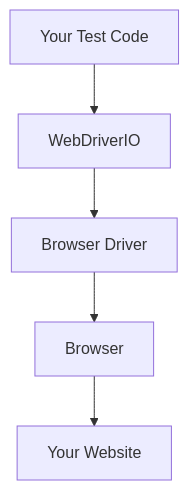
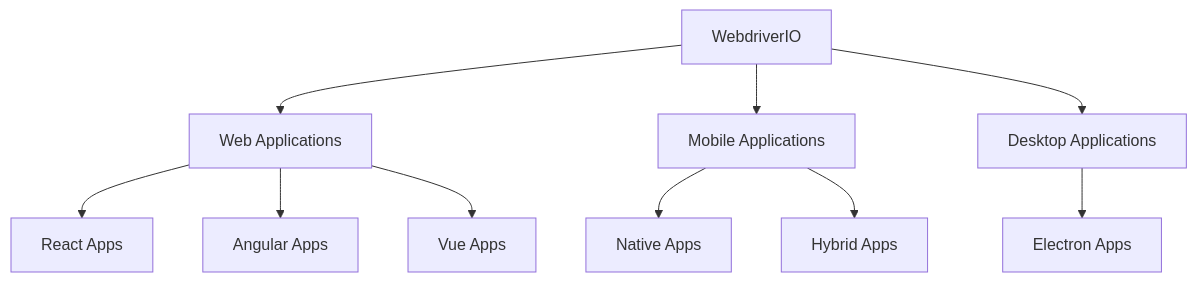
One commit to wahidyankf/oss changed the first of 3 diagrams in apps-standalone/ayokoding-web/content/en/learn/crash-courses/swe/stacks/automation/wdio/basics.md. Above: the diagram before and after it, drawn with Mermaid. The commit also changed other lines of this file and 40 other files, not shown here.

````diff
--- a/apps-standalone/ayokoding-web/content/en/learn/crash-courses/swe/stacks/automation/wdio/basics.md
+++ b/apps-standalone/ayokoding-web/content/en/learn/crash-courses/swe/stacks/automation/wdio/basics.md
@@ -14,7 +18,12 @@
 ```mermaid
 flowchart TD
-    A[Your Test Code] --> B[WebDriverIO]
-    B --> C[Browser Driver]
-    C --> D[Browser]
-    D --> E[Your Website]
+    A[WebdriverIO] --> B[Web Applications]
+    A --> C[Mobile Applications]
+    A --> D[Desktop Applications]
+    B --> E[React Apps]
+    B --> F[Angular Apps]
+    B --> G[Vue Apps]
+    C --> H[Native Apps]
+    C --> I[Hybrid Apps]
+    D --> J[Electron Apps]
 ```
````
